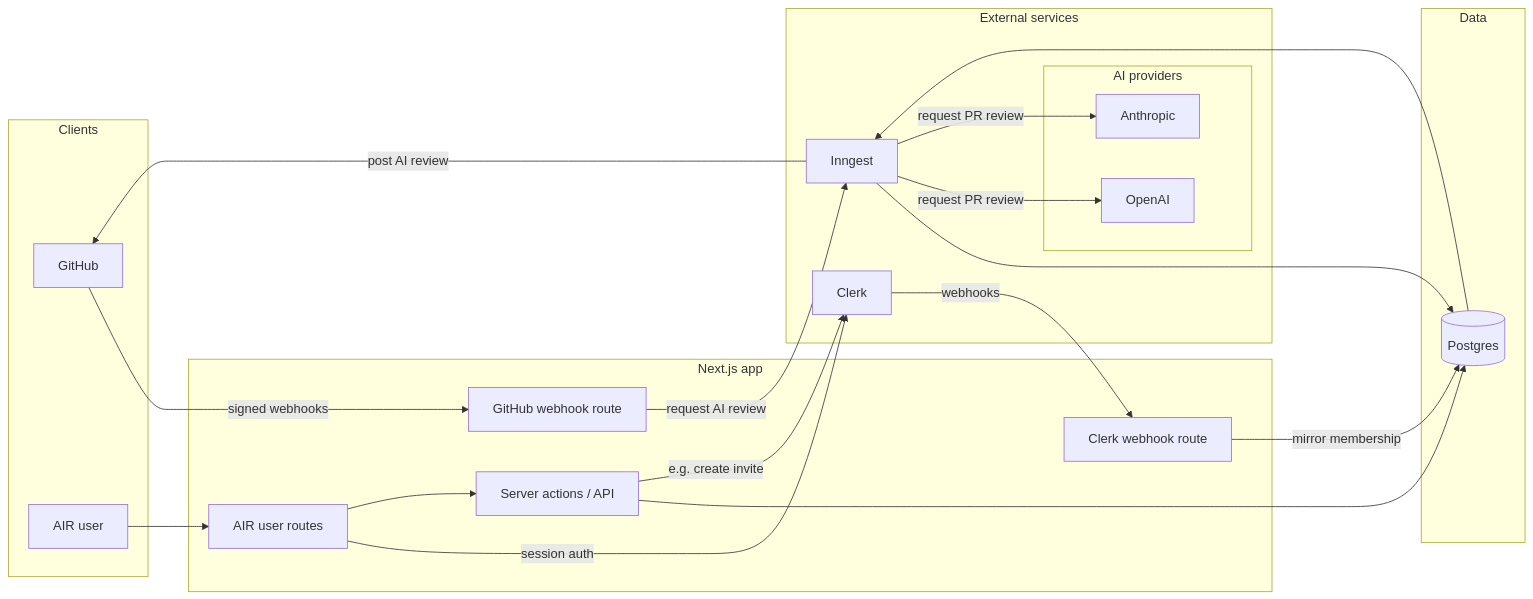
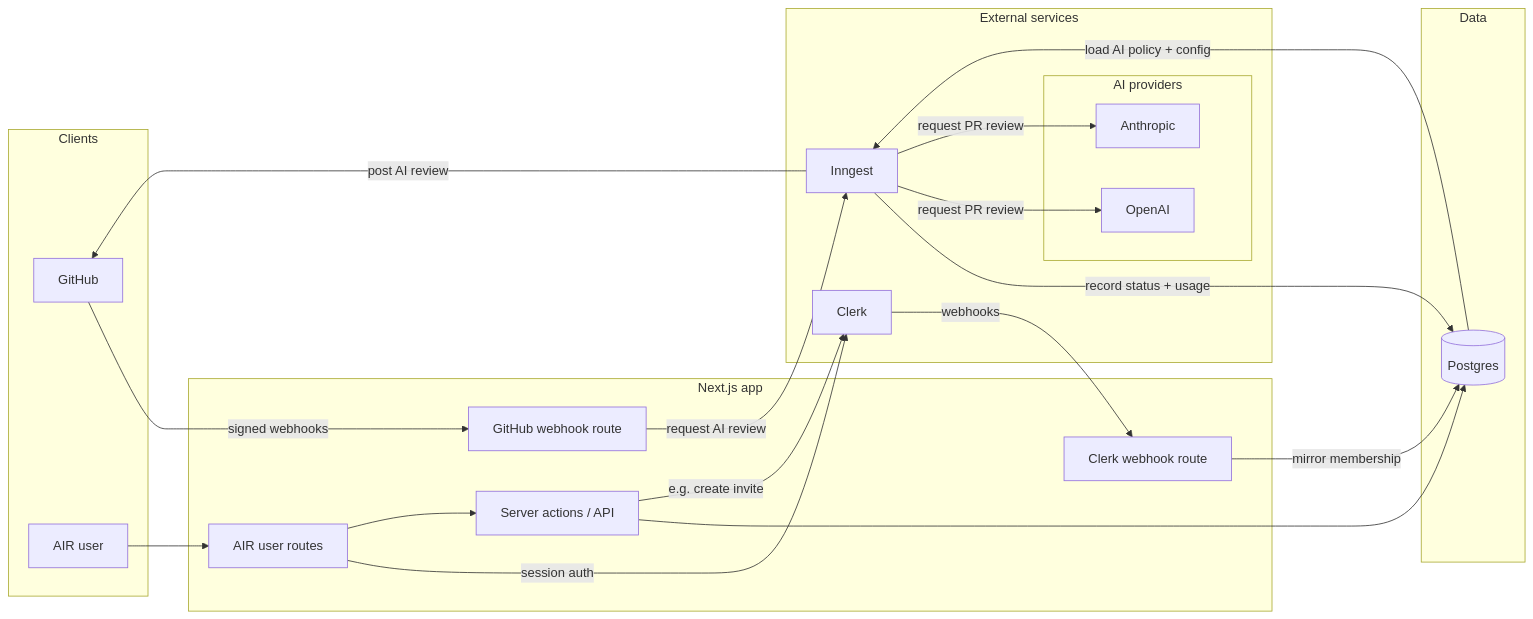
The first of 3 diagrams in docs/system-architecture.md (kworam-self/AIR), drawn with Mermaid before and after one commit. The commit also changed other lines of this file, not shown here.

First line of the commit message:
docs: restore Postgres↔Inngest edge labels in Mermaid diagram

````diff
--- a/docs/system-architecture.md
+++ b/docs/system-architecture.md
@@ -9,44 +9,44 @@
 ```mermaid
 flowchart LR
   subgraph clients [Clients]
     GH[GitHub]
     AirUser[AIR user]
   end
 
   subgraph next [Next.js app]
     AIRRoutes[AIR user routes]
     WH[GitHub webhook route]
     CW[Clerk webhook route]
     API[Server actions / API]
   end
 
   subgraph services [External services]
     Clerk[Clerk]
     Inngest[Inngest]
     subgraph ai [AI providers]
       OAI[OpenAI]
       ANT[Anthropic]
     end
   end
 
   subgraph data [Data]
     DB[(Postgres)]
   end
 
   AirUser --> AIRRoutes
   AIRRoutes -->|session auth| Clerk
   AIRRoutes --> API
   API --> DB
   API -->|e.g. create invite| Clerk
 
   GH -->|signed webhooks| WH
   WH -->|request AI review| Inngest
-  Inngest --> DB
-  DB --> Inngest
+  Inngest -->|record status + usage| DB
+  DB -->|load AI policy + config| Inngest
   Inngest -->|request PR review| OAI
   Inngest -->|request PR review| ANT
   Inngest -->|post AI review| GH
 
   Clerk -->|webhooks| CW
   CW -->|mirror membership| DB
 ```
````
